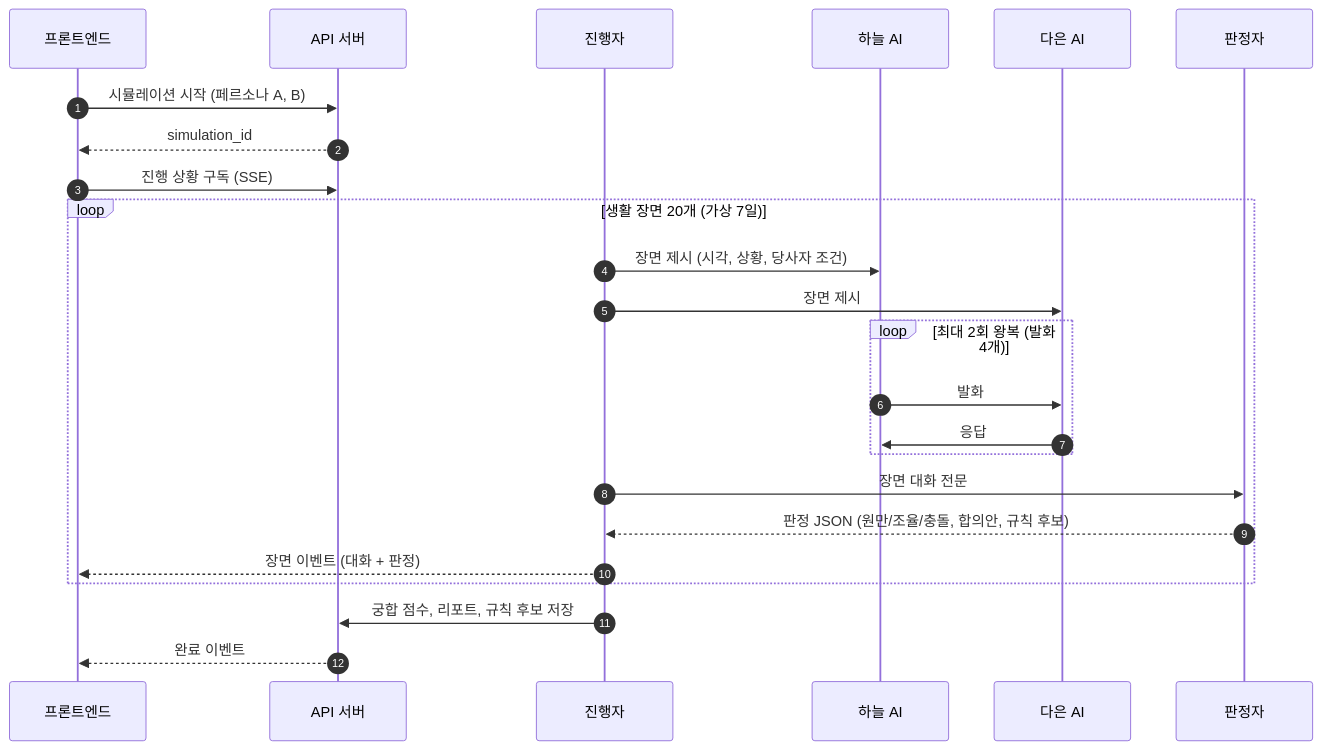
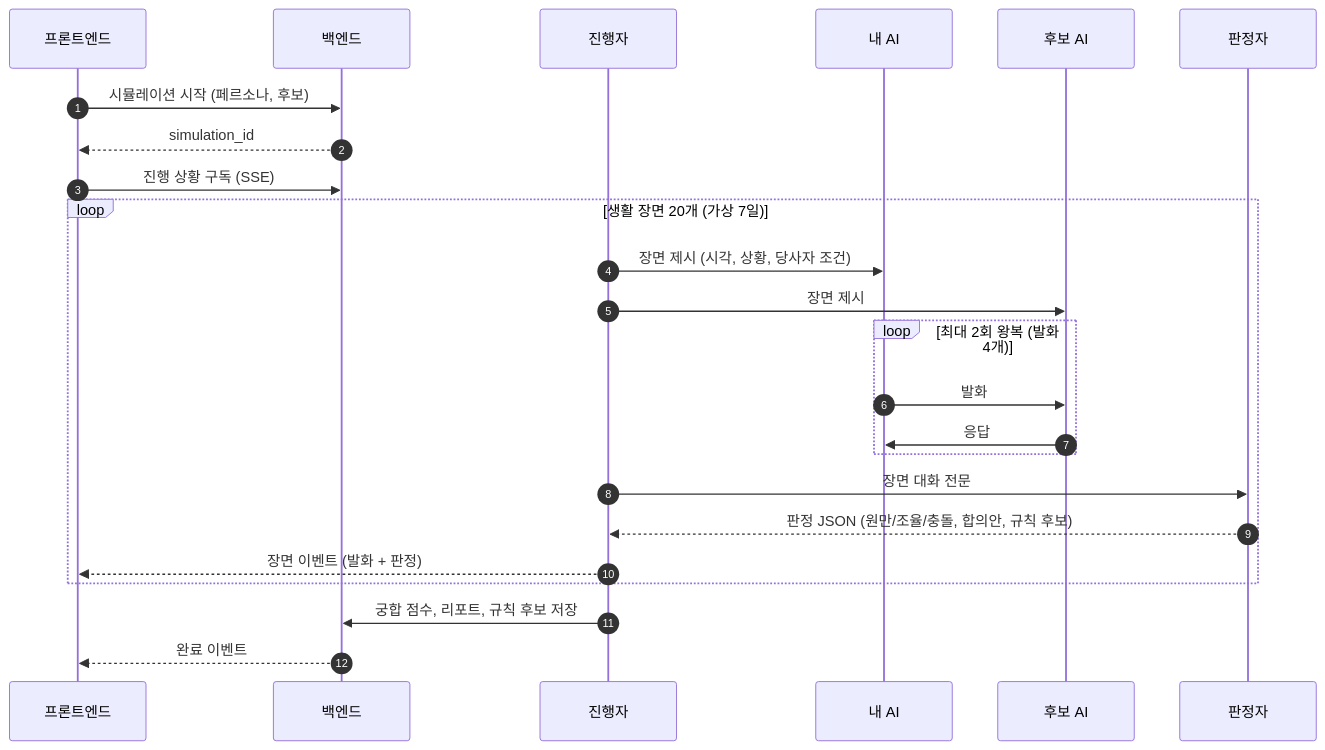
The second of 5 diagrams in docs/PRD.md (gokimkh123/SW_Design_Development), drawn with Mermaid before and after one commit. The commit also changed other lines of this file and 16 other files, not shown here.

````diff
--- a/docs/PRD.md
+++ b/docs/PRD.md
@@ -290,27 +310,27 @@
 ```mermaid
 sequenceDiagram
     autonumber
     participant FE as 프론트엔드
-    participant API as API 서버
+    participant API as 백엔드
     participant MOD as 진행자
-    participant A as 하늘 AI
-    participant B as 다은 AI
+    participant A as 내 AI
+    participant B as 후보 AI
     participant J as 판정자
 
-    FE->>API: 시뮬레이션 시작 (페르소나 A, B)
+    FE->>API: 시뮬레이션 시작 (페르소나, 후보)
     API-->>FE: simulation_id
     FE->>API: 진행 상황 구독 (SSE)
     loop 생활 장면 20개 (가상 7일)
         MOD->>A: 장면 제시 (시각, 상황, 당사자 조건)
         MOD->>B: 장면 제시
         loop 최대 2회 왕복 (발화 4개)
             A->>B: 발화
             B->>A: 응답
         end
         MOD->>J: 장면 대화 전문
         J-->>MOD: 판정 JSON (원만/조율/충돌, 합의안, 규칙 후보)
-        MOD-->>FE: 장면 이벤트 (대화 + 판정)
+        MOD-->>FE: 장면 이벤트 (발화 + 판정)
     end
     MOD->>API: 궁합 점수, 리포트, 규칙 후보 저장
     API-->>FE: 완료 이벤트
 ```
````
